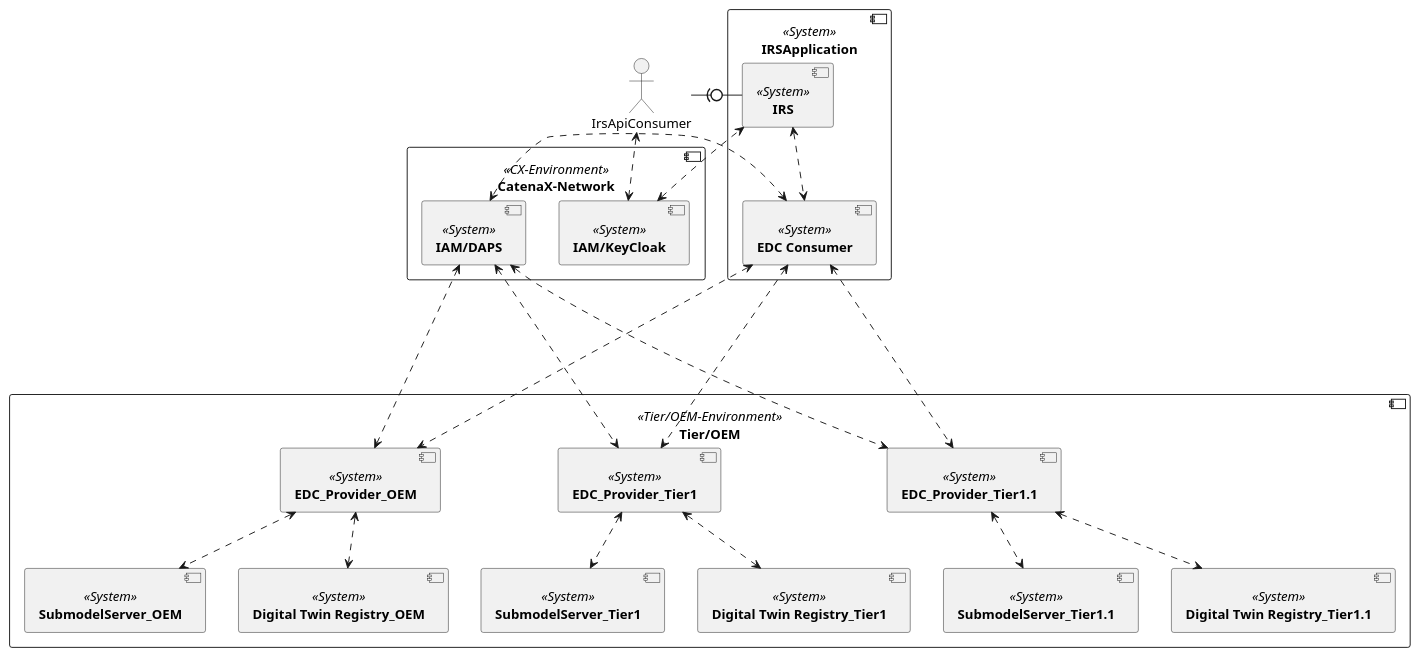
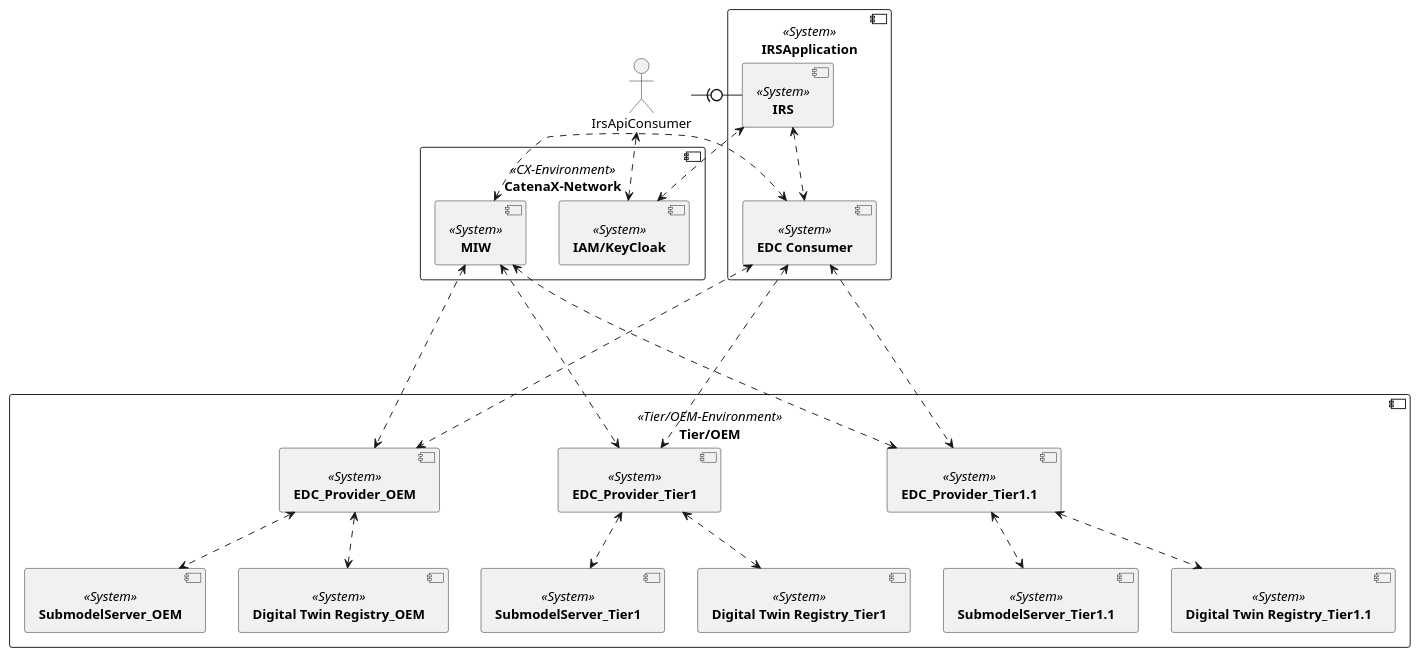
One commit to eclipse-tractusx/item-relationship-service changed the diagram in docs/src/uml-diagrams/building-block-view/whitebox_overall_decentral.puml. Above: the diagram before and after it, drawn with PlantUML. The commit also changed 6 other files, not shown here.

```diff
--- a/docs/src/uml-diagrams/building-block-view/whitebox_overall_decentral.puml
+++ b/docs/src/uml-diagrams/building-block-view/whitebox_overall_decentral.puml
@@ -1,52 +1,52 @@
 @startuml
 skinparam monochrome true
 skinparam shadowing false
 skinparam spacing 50
 
 
 component [**IRSApplication**] <<System>> {
 	component [**IRS**] <<System>> as IRS
 	component [**EDC Consumer**] <<System>> as EDC
 
 }
 
 component [**CatenaX-Network**] <<CX-Environment>> {
     component [**IAM/KeyCloak**] <<System>> as IAM_IRS
-    component [**IAM/DAPS**] <<System>> as IAM_DAPS
+    component [**MIW**] <<System>> as IAM_DAPS
 }
 
 component [**Tier/OEM**] <<Tier/OEM-Environment>> {
 
     component [**EDC_Provider_OEM**] <<System>> as EDCProviderOEM
     component [**EDC_Provider_Tier1**] <<System>> as EDCProviderTier1
     component [**EDC_Provider_Tier1.1**] <<System>> as EDCProviderTier11
     component [**SubmodelServer_OEM**] <<System>> as SubmodelServerOEM
     component [**SubmodelServer_Tier1**] <<System>> as SubmodelServerTier1
     component [**SubmodelServer_Tier1.1**] <<System>> as SubmodelServerTier11
     component [**Digital Twin Registry_OEM**] <<System>> as DT_REGOEM
     component [**Digital Twin Registry_Tier1**] <<System>> as DT_REG1
     component [**Digital Twin Registry_Tier1.1**] <<System>> as DT_REG11
 }
 
 
 actor IrsApiConsumer
 
 IrsApiConsumer -right(0- IRS
 IrsApiConsumer <.r.> IAM_IRS
 IRS <.d.> EDC
 IRS <.l.> IAM_IRS
 EDC <..> IAM_DAPS
 EDC <..> EDCProviderOEM
 EDC <...> EDCProviderTier1
 EDC <....> EDCProviderTier11
 IAM_DAPS <..> EDCProviderOEM
 IAM_DAPS <...> EDCProviderTier1
 IAM_DAPS <....> EDCProviderTier11
 EDCProviderOEM <..> SubmodelServerOEM
 EDCProviderTier1 <..> SubmodelServerTier1
 EDCProviderTier11 <..> SubmodelServerTier11
 EDCProviderOEM <..> DT_REGOEM
 EDCProviderTier1 <..> DT_REG1
 EDCProviderTier11 <..> DT_REG11
 
 @enduml
```
